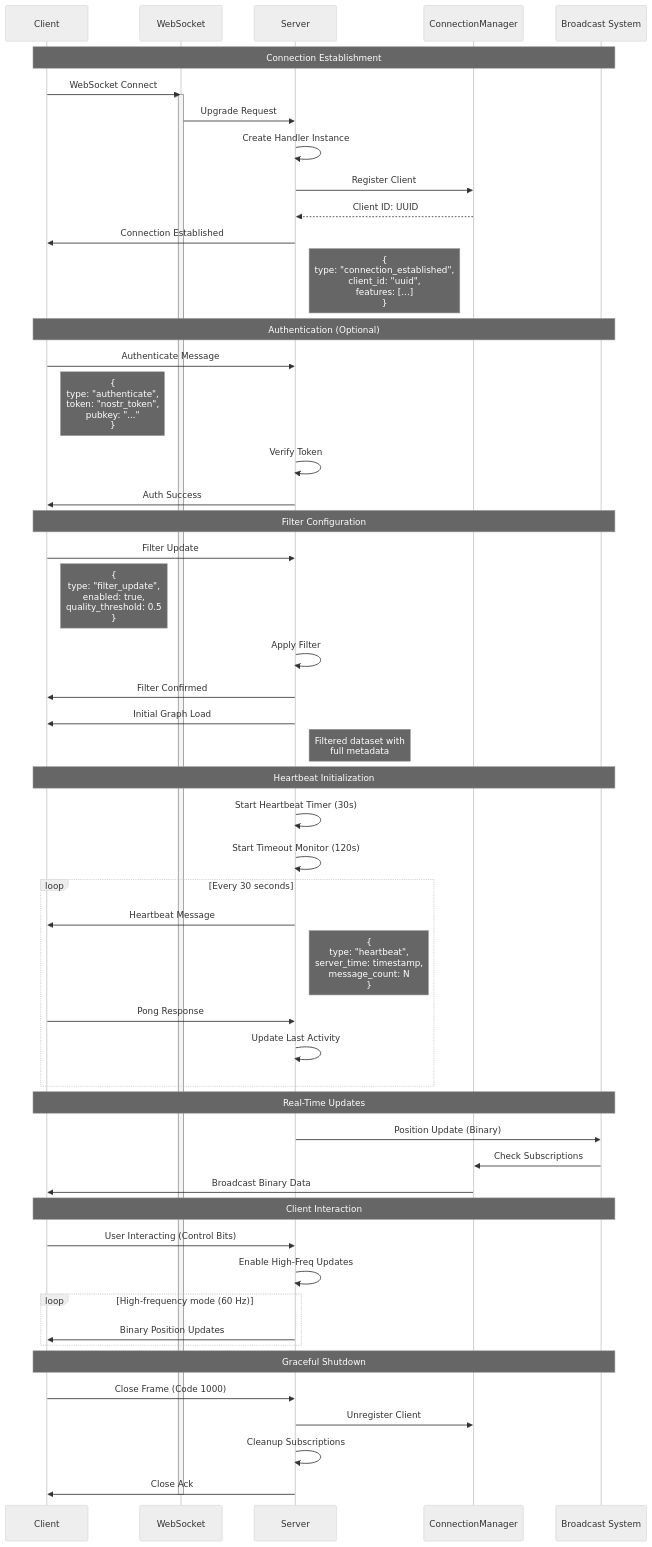
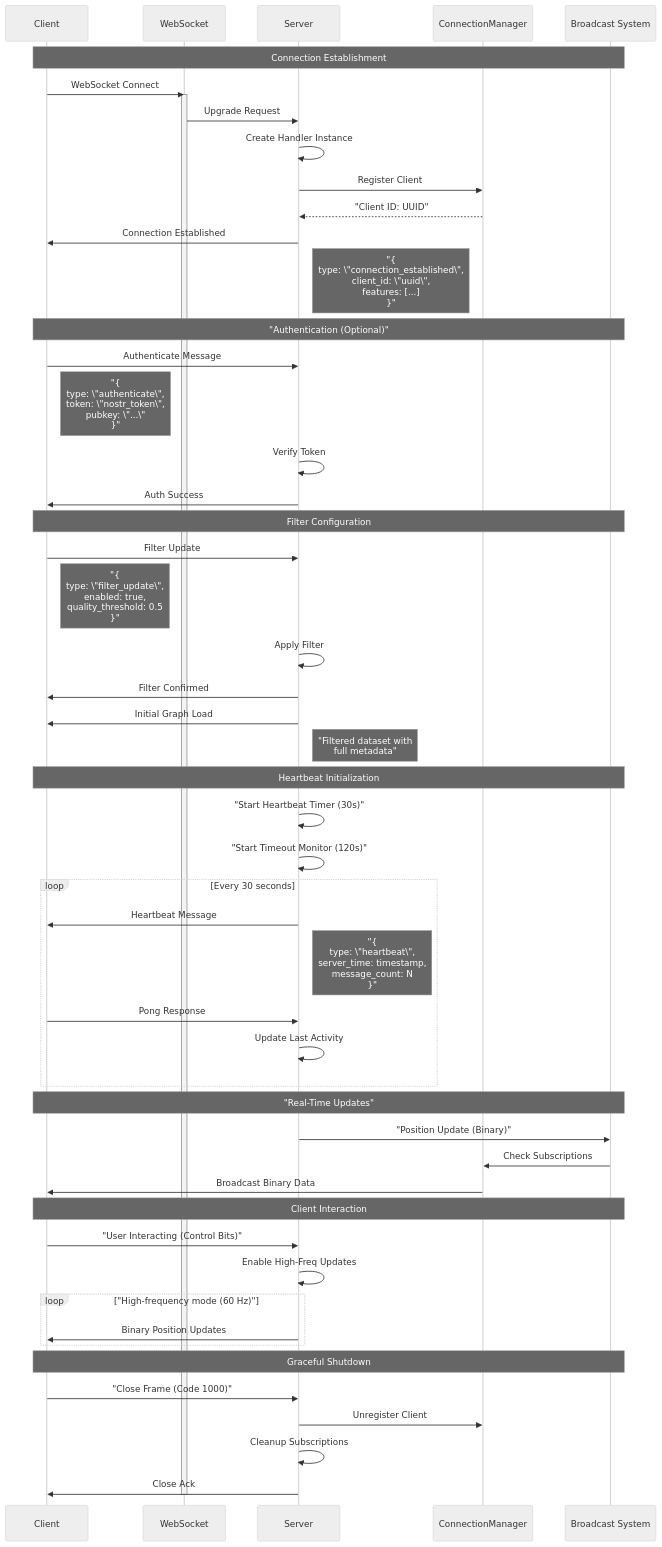
The fourth of 19 diagrams in docs/diagrams/infrastructure/websocket/binary-protocol-complete.md (DreamLab-AI/VisionFlow), drawn with Mermaid (neutral theme) before and after one commit. The commit also changed other lines of this file and 39 other files, not shown here.

````diff
--- a/docs/diagrams/infrastructure/websocket/binary-protocol-complete.md
+++ b/docs/diagrams/infrastructure/websocket/binary-protocol-complete.md
@@ -433,62 +433,62 @@
 ```mermaid
 sequenceDiagram
     participant C as Client
     participant WS as WebSocket
     participant S as Server
     participant CM as ConnectionManager
     participant BC as Broadcast System
 
     Note over C,BC: Connection Establishment
     C->>WS: WebSocket Connect
     activate WS
     WS->>S: Upgrade Request
     S->>S: Create Handler Instance
     S->>CM: Register Client
-    CM-->>S: Client ID: UUID
+    CM-->>S: "Client ID: UUID"
     S->>C: Connection Established
-    Note right of S: {<br/>  type: "connection_established",<br/>  client_id: "uuid",<br/>  features: [...]<br/>}
+    Note right of S: "{<br/>  type: \"connection_established\",<br/>  client_id: \"uuid\",<br/>  features: [...]<br/>}"
 
-    Note over C,BC: Authentication (Optional)
+    Note over C,BC: "Authentication (Optional)"
     C->>S: Authenticate Message
-    Note right of C: {<br/>  type: "authenticate",<br/>  token: "nostr_token",<br/>  pubkey: "..."<br/>}
+    Note right of C: "{<br/>  type: \"authenticate\",<br/>  token: \"nostr_token\",<br/>  pubkey: \"...\"<br/>}"
     S->>S: Verify Token
     S->>C: Auth Success
 
     Note over C,BC: Filter Configuration
     C->>S: Filter Update
-    Note right of C: {<br/>  type: "filter_update",<br/>  enabled: true,<br/>  quality_threshold: 0.5<br/>}
+    Note right of C: "{<br/>  type: \"filter_update\",<br/>  enabled: true,<br/>  quality_threshold: 0.5<br/>}"
     S->>S: Apply Filter
     S->>C: Filter Confirmed
     S->>C: Initial Graph Load
-    Note right of S: Filtered dataset with<br/>full metadata
+    Note right of S: "Filtered dataset with<br/>full metadata"
 
     Note over C,BC: Heartbeat Initialization
-    S->>S: Start Heartbeat Timer (30s)
-    S->>S: Start Timeout Monitor (120s)
+    S->>S: "Start Heartbeat Timer (30s)"
+    S->>S: "Start Timeout Monitor (120s)"
 
     loop Every 30 seconds
         S->>C: Heartbeat Message
-        Note right of S: {<br/>  type: "heartbeat",<br/>  server_time: timestamp,<br/>  message_count: N<br/>}
+        Note right of S: "{<br/>  type: \"heartbeat\",<br/>  server_time: timestamp,<br/>  message_count: N<br/>}"
         C->>S: Pong Response
         S->>S: Update Last Activity
     end
 
-    Note over C,BC: Real-Time Updates
-    S->>BC: Position Update (Binary)
+    Note over C,BC: "Real-Time Updates"
+    S->>BC: "Position Update (Binary)"
     BC->>CM: Check Subscriptions
     CM->>C: Broadcast Binary Data
 
     Note over C,BC: Client Interaction
-    C->>S: User Interacting (Control Bits)
+    C->>S: "User Interacting (Control Bits)"
     S->>S: Enable High-Freq Updates
-    loop High-frequency mode (60 Hz)
+    loop "High-frequency mode (60 Hz)"
         S->>C: Binary Position Updates
     end
 
     Note over C,BC: Graceful Shutdown
-    C->>S: Close Frame (Code 1000)
+    C->>S: "Close Frame (Code 1000)"
     S->>CM: Unregister Client
     S->>S: Cleanup Subscriptions
     S->>C: Close Ack
     deactivate WS
 ```
````
